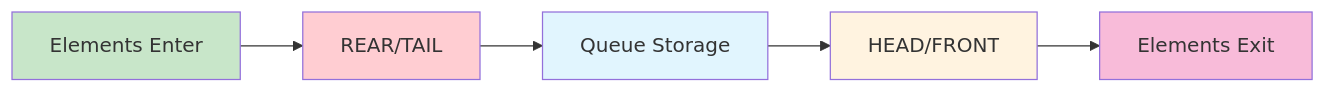
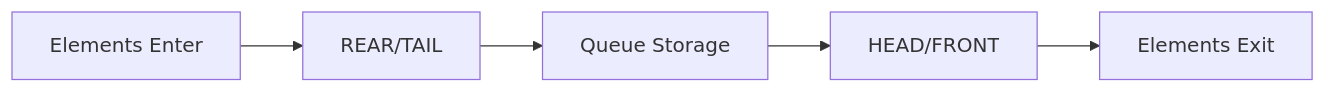
Before and after one commit to prasanvb/Java: the second of 2 diagrams in readme/course5/queue.md, drawn with Mermaid. The commit also changed other lines of this file and 1 other file, not shown here.

````diff
--- a/readme/course5/queue.md
+++ b/readme/course5/queue.md
@@ -38,13 +35,7 @@
 ```mermaid
 graph LR
     A[Elements Enter] --> B[REAR/TAIL]
     B --> C[Queue Storage]
     C --> D[HEAD/FRONT]
     D --> E[Elements Exit]
-    
-    style A fill:#c8e6c9
-    style B fill:#ffcdd2
-    style C fill:#e1f5fe
-    style D fill:#fff3e0
-    style E fill:#f8bbd9
 ```
````
